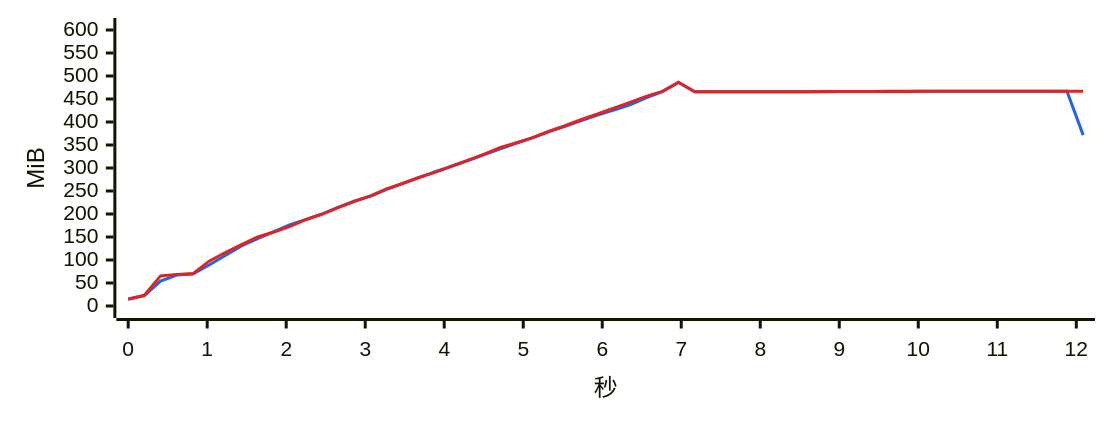
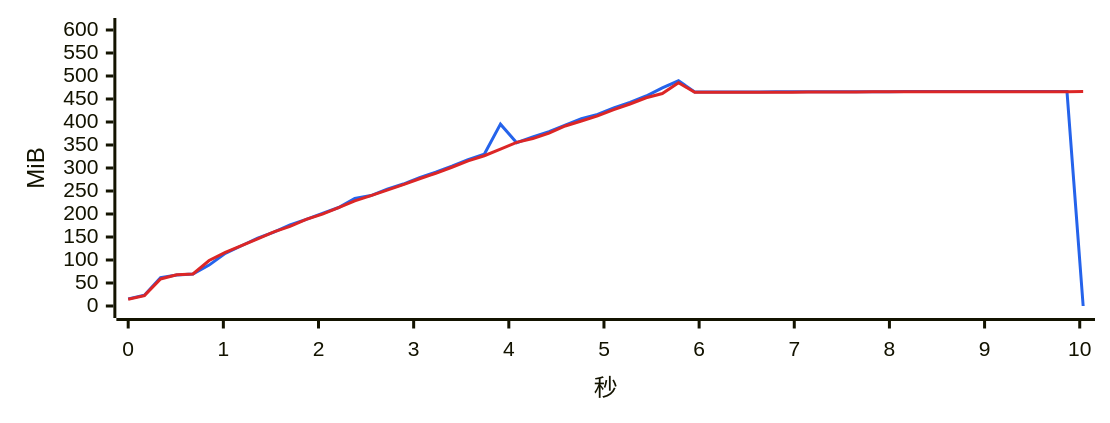
The fifth of 17 diagrams in bench/v2.0.0/summary.md (334456777/WeFlow), drawn with Mermaid before and after one commit. The commit also changed other lines of this file and 3 other files, not shown here.

````diff
--- a/bench/v2.0.0/summary.md
+++ b/bench/v2.0.0/summary.md
@@ -334,8 +331,8 @@
 ```mermaid
 %%{init: {"xyChart": {"width": 720, "height": 260}, "themeVariables": {"xyChart": {"plotColorPalette": "#2563eb, #dc2626"}}}}%%
 xychart-beta
-    x-axis "秒" 0 --> 12.087
+    x-axis "秒" 0 --> 10.036
     y-axis "MiB" 0 --> 600
-    line [14.5, 22.6, 54.3, 67.3, 69.3, 89.2, 109.7, 130.5, 146.2, 161.7, 177.1, 188.4, 200.4, 214.8, 228.4, 238.9, 254.3, 267.0, 279.8, 292.4, 303.5, 315.9, 329.4, 341.7, 354.4, 365.9, 379.1, 390.7, 402.9, 415.2, 426.2, 437.4, 452.5, 465.9, 485.9, 465.6, 465.7, 465.7, 465.7, 465.9, 465.9, 465.9, 465.9, 466.0, 466.2, 466.2, 466.4, 466.6, 466.6, 467.0, 467.0, 467.0, 467.0, 467.0, 467.0, 467.0, 467.0, 467.0, 467.0, 371.5]
-    line [15.2, 23.3, 65.5, 68.3, 70.5, 97.5, 116.2, 133.4, 150.0, 160.9, 173.2, 188.1, 199.9, 214.5, 227.7, 239.8, 254.9, 266.8, 279.9, 291.1, 304.6, 317.0, 330.0, 344.5, 354.8, 365.9, 379.9, 392.0, 405.4, 417.4, 430.3, 442.7, 455.6, 466.7, 486.3, 465.7, 465.7, 465.7, 465.7, 465.7, 465.8, 466.0, 466.0, 466.1, 466.2, 466.2, 466.5, 466.5, 466.5, 466.9, 466.9, 466.9, 466.9, 466.9, 466.9, 466.9, 466.9, 466.9, 466.9, 467.0]
+    line [15.5, 23.6, 61.8, 67.6, 69.5, 88.9, 114.6, 131.0, 147.4, 160.4, 176.2, 188.2, 201.5, 214.1, 233.6, 240.0, 254.1, 265.1, 278.8, 290.8, 303.9, 318.2, 330.0, 395.3, 355.1, 367.8, 379.1, 393.3, 407.0, 416.6, 430.6, 442.6, 456.5, 474.0, 489.6, 465.2, 465.2, 465.2, 465.2, 465.4, 465.5, 465.5, 465.6, 465.8, 465.8, 465.9, 466.0, 466.0, 466.4, 466.4, 466.4, 466.4, 466.4, 466.4, 466.4, 466.4, 466.4, 466.4, 466.5, 0.0]
+    line [14.5, 22.6, 58.8, 67.8, 69.7, 98.9, 116.6, 131.4, 146.1, 161.3, 173.0, 188.2, 199.8, 214.0, 228.7, 240.0, 252.0, 263.9, 276.6, 288.5, 301.6, 315.5, 326.6, 340.8, 355.7, 364.0, 375.6, 391.4, 402.1, 413.4, 426.7, 439.2, 452.7, 461.8, 485.2, 464.7, 464.7, 464.7, 464.7, 464.9, 464.9, 464.9, 465.0, 465.1, 465.3, 465.3, 465.6, 465.6, 465.9, 465.9, 465.9, 465.9, 465.9, 465.9, 465.9, 466.0, 466.0, 466.0, 466.0, 466.1]
 ```
````
